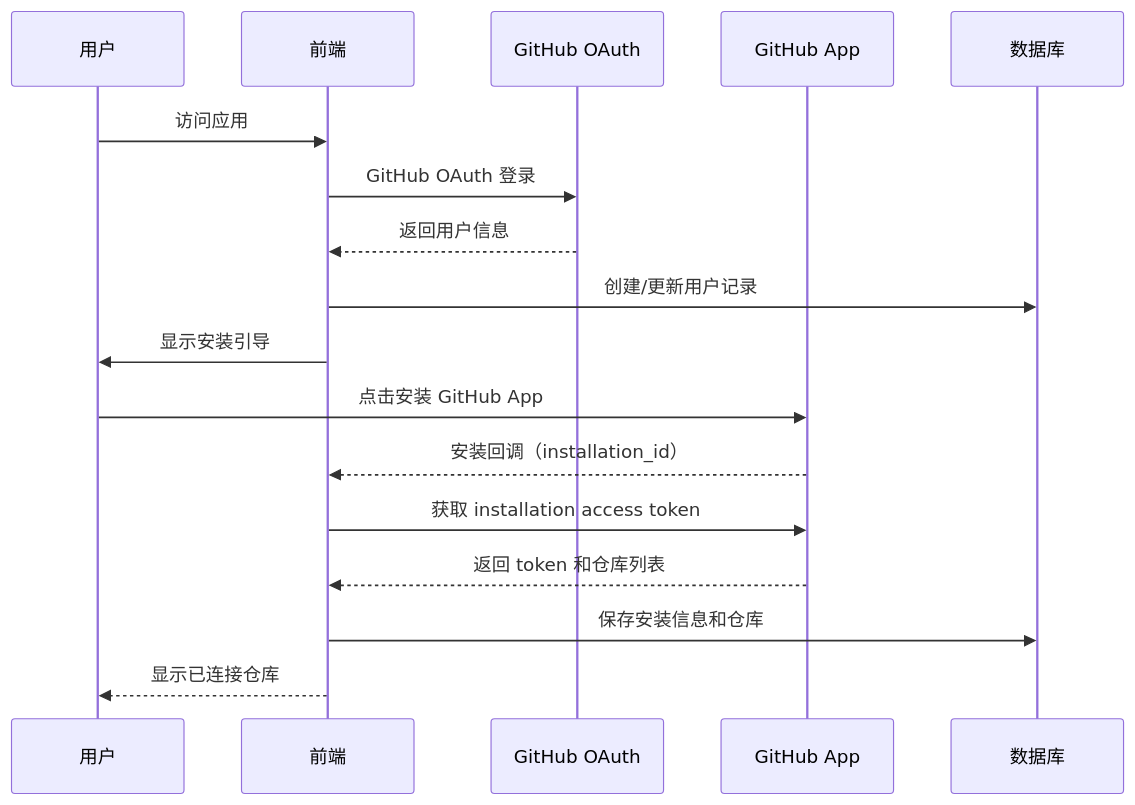
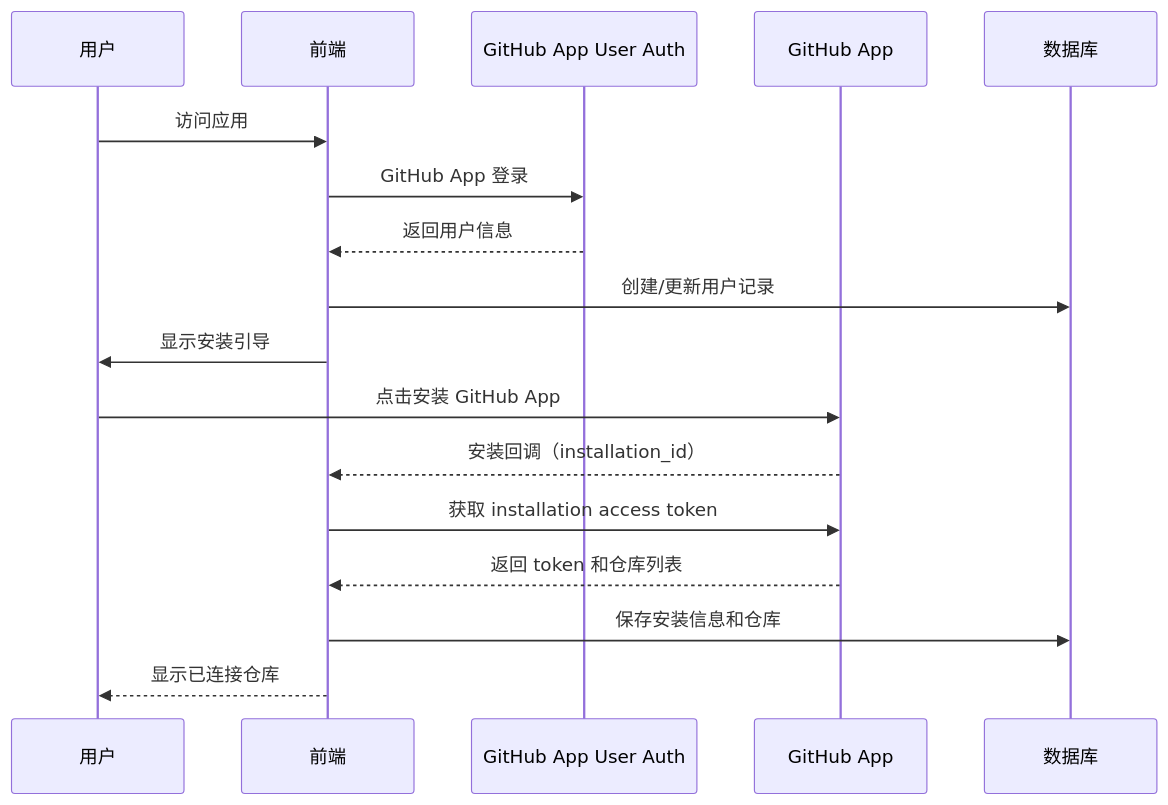
The first of 2 diagrams in docs/技术实现方案文档.md (isPirate/github-global), drawn with Mermaid before and after one commit. The commit also changed other lines of this file and 22 other files, not shown here.

Commit message:
refactor: GitHub Oauth登录 改用 GitHub App 实现登录

````diff
--- a/docs/技术实现方案文档.md
+++ b/docs/技术实现方案文档.md
@@ -1565,21 +1565,21 @@
 ```mermaid
 sequenceDiagram
     participant User as 用户
     participant Frontend as 前端
-    participant OAuth as GitHub OAuth
+    participant OAuth as GitHub App User Auth
     participant App as GitHub App
     participant DB as 数据库
 
     User->>Frontend: 访问应用
-    Frontend->>OAuth: GitHub OAuth 登录
+    Frontend->>OAuth: GitHub App 登录
     OAuth-->>Frontend: 返回用户信息
     Frontend->>DB: 创建/更新用户记录
     Frontend->>User: 显示安装引导
 
     User->>App: 点击安装 GitHub App
     App-->>Frontend: 安装回调（installation_id）
     Frontend->>App: 获取 installation access token
     App-->>Frontend: 返回 token 和仓库列表
     Frontend->>DB: 保存安装信息和仓库
     Frontend-->>User: 显示已连接仓库
 ```
````
